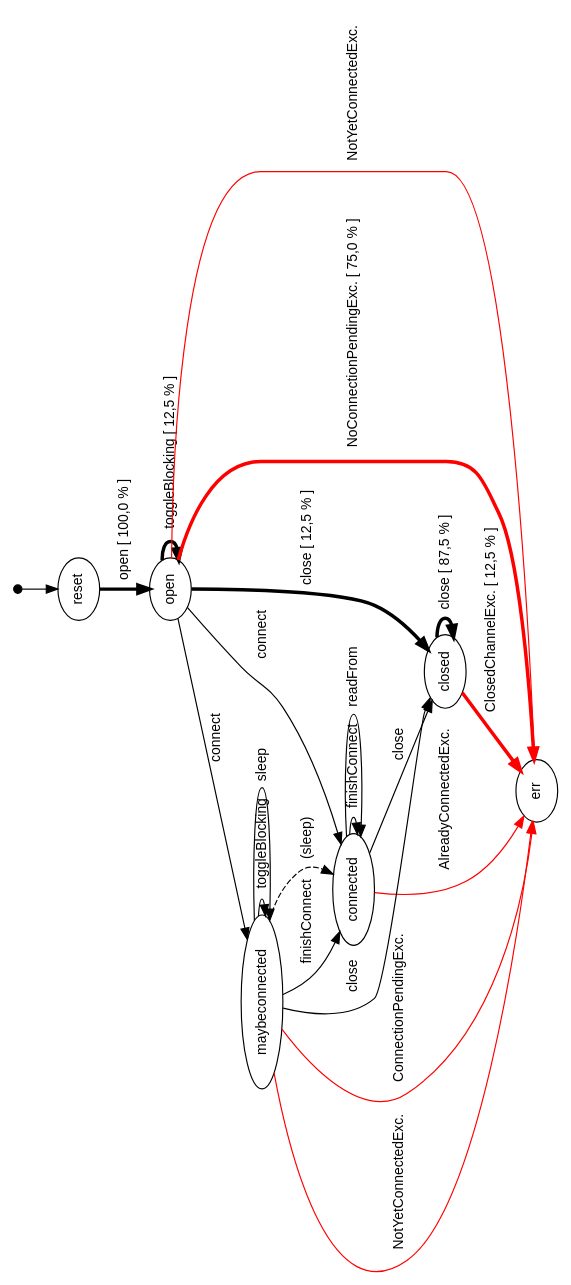
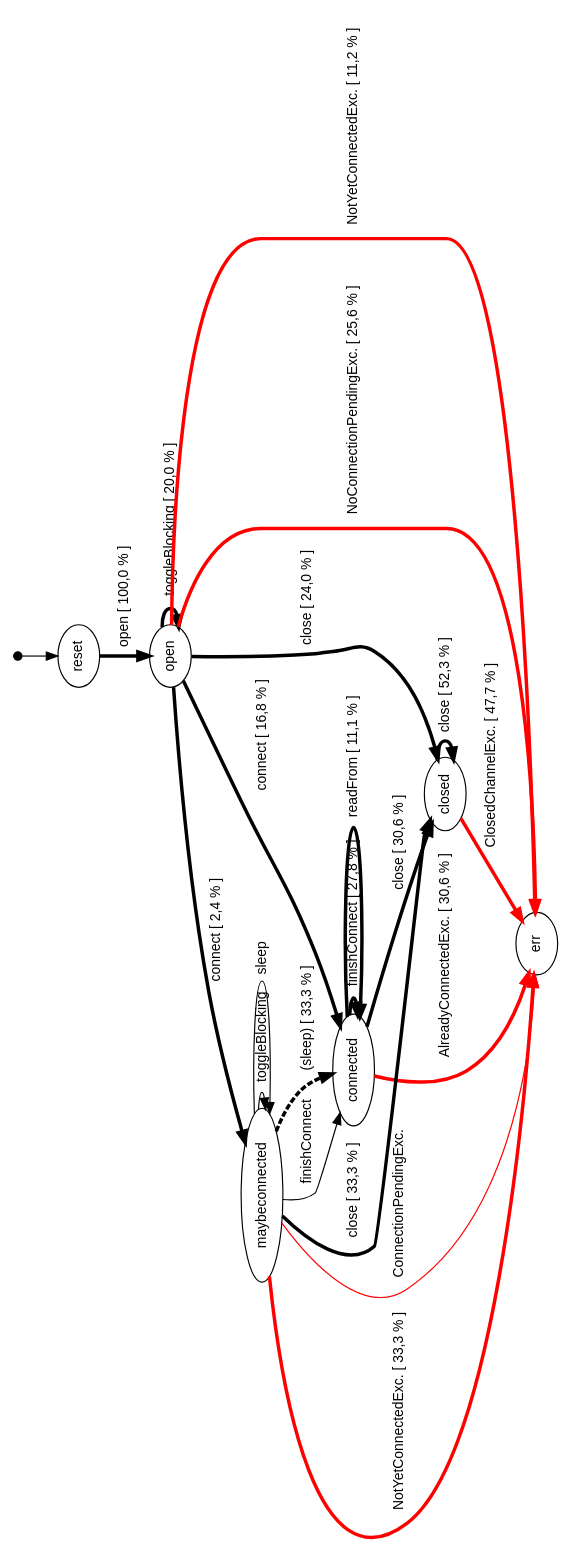
The diagram in cov_100.dot (cyrille-artho/modbat), drawn with Graphviz before and after one commit. The commit also changed 8 other files, not shown here.

```diff
--- a/cov_100.dot
+++ b/cov_100.dot
@@ -1,28 +1,28 @@
 digraph model {
   orientation = landscape;
   graph [ rankdir = "TB", ranksep="0.4", nodesep="0.2" ];
   node [ fontname = "Helvetica", fontsize="12.0", margin="0.07" ];
   edge [ fontname = "Helvetica", fontsize="12.0", margin="0.05" ];
   "" [ shape = "point", height="0.1" ];
   "" -> reset
   reset	-> open [ label = " open \[ 100,0 % \]" penwidth = "3.0" ];
-  open	-> open [ label = " toggleBlocking \[ 12,5 % \]" penwidth = "3.0" ];
-  open	-> connected [ label = " connect " ];
-  open	-> maybeconnected [ label = " connect " ];
+  open	-> open [ label = " toggleBlocking \[ 20,0 % \]" penwidth = "3.0" ];
+  open	-> connected [ label = " connect \[ 16,8 % \]" penwidth = "3.0" ];
+  open	-> maybeconnected [ label = " connect \[ 2,4 % \]" penwidth = "3.0" ];
   maybeconnected	-> maybeconnected [ label = " toggleBlocking " ];
   maybeconnected	-> connected [ label = " finishConnect " ];
   maybeconnected	-> maybeconnected [ label = " sleep " ];
-  maybeconnected	-> connected [ label = " (sleep) " style = "dashed" ];
-  open	-> err [ label = " NoConnectionPendingExc. \[ 75,0 % \]" color = "red" penwidth = "3.0" ];
+  maybeconnected	-> connected [ label = " (sleep) \[ 33,3 % \]" style = "dashed" penwidth = "3.0" ];
+  open	-> err [ label = " NoConnectionPendingExc. \[ 25,6 % \]" color = "red" penwidth = "3.0" ];
   maybeconnected	-> err [ label = " ConnectionPendingExc. " color = "red" ];
-  connected	-> err [ label = " AlreadyConnectedExc. " color = "red" ];
-  open	-> err [ label = " NotYetConnectedExc. " color = "red" ];
-  maybeconnected	-> err [ label = " NotYetConnectedExc. " color = "red" ];
-  connected	-> connected [ label = " finishConnect " ];
-  connected	-> connected [ label = " readFrom " ];
-  open	-> closed [ label = " close \[ 12,5 % \]" penwidth = "3.0" ];
-  connected	-> closed [ label = " close " ];
-  maybeconnected	-> closed [ label = " close " ];
-  closed	-> closed [ label = " close \[ 87,5 % \]" penwidth = "3.0" ];
-  closed	-> err [ label = " ClosedChannelExc. \[ 12,5 % \]" color = "red" penwidth = "3.0" ];
+  connected	-> err [ label = " AlreadyConnectedExc. \[ 30,6 % \]" color = "red" penwidth = "3.0" ];
+  open	-> err [ label = " NotYetConnectedExc. \[ 11,2 % \]" color = "red" penwidth = "3.0" ];
+  maybeconnected	-> err [ label = " NotYetConnectedExc. \[ 33,3 % \]" color = "red" penwidth = "3.0" ];
+  connected	-> connected [ label = " finishConnect \[ 27,8 % \]" penwidth = "3.0" ];
+  connected	-> connected [ label = " readFrom \[ 11,1 % \]" penwidth = "3.0" ];
+  open	-> closed [ label = " close \[ 24,0 % \]" penwidth = "3.0" ];
+  connected	-> closed [ label = " close \[ 30,6 % \]" penwidth = "3.0" ];
+  maybeconnected	-> closed [ label = " close \[ 33,3 % \]" penwidth = "3.0" ];
+  closed	-> closed [ label = " close \[ 52,3 % \]" penwidth = "3.0" ];
+  closed	-> err [ label = " ClosedChannelExc. \[ 47,7 % \]" color = "red" penwidth = "3.0" ];
 }
```
